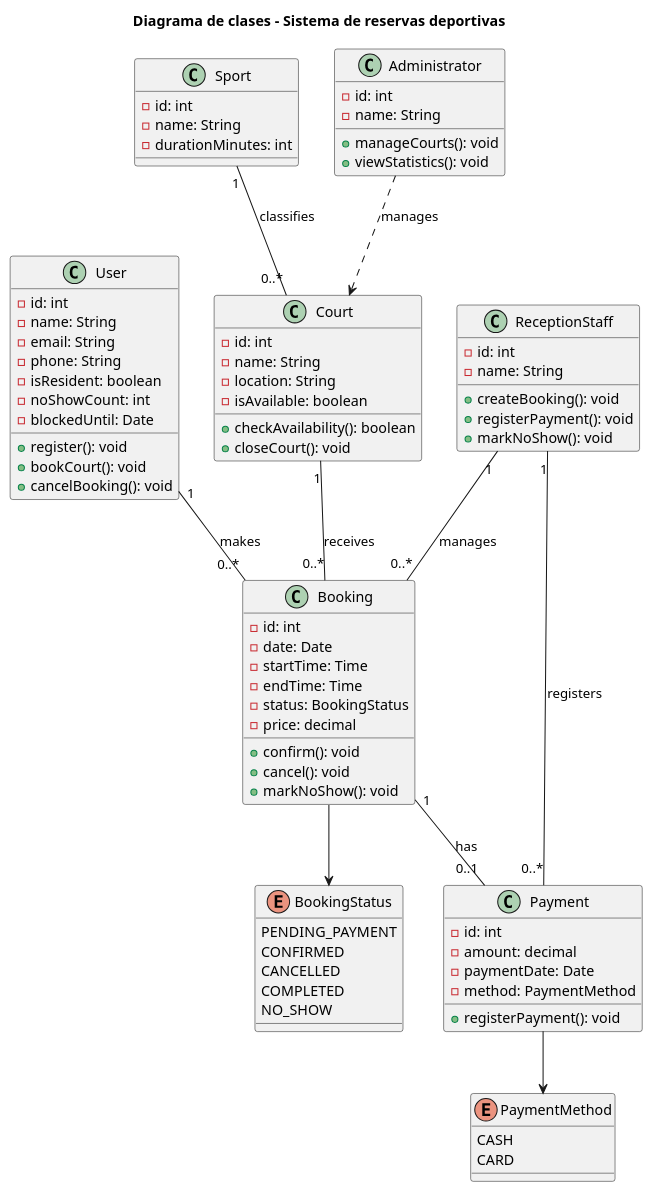
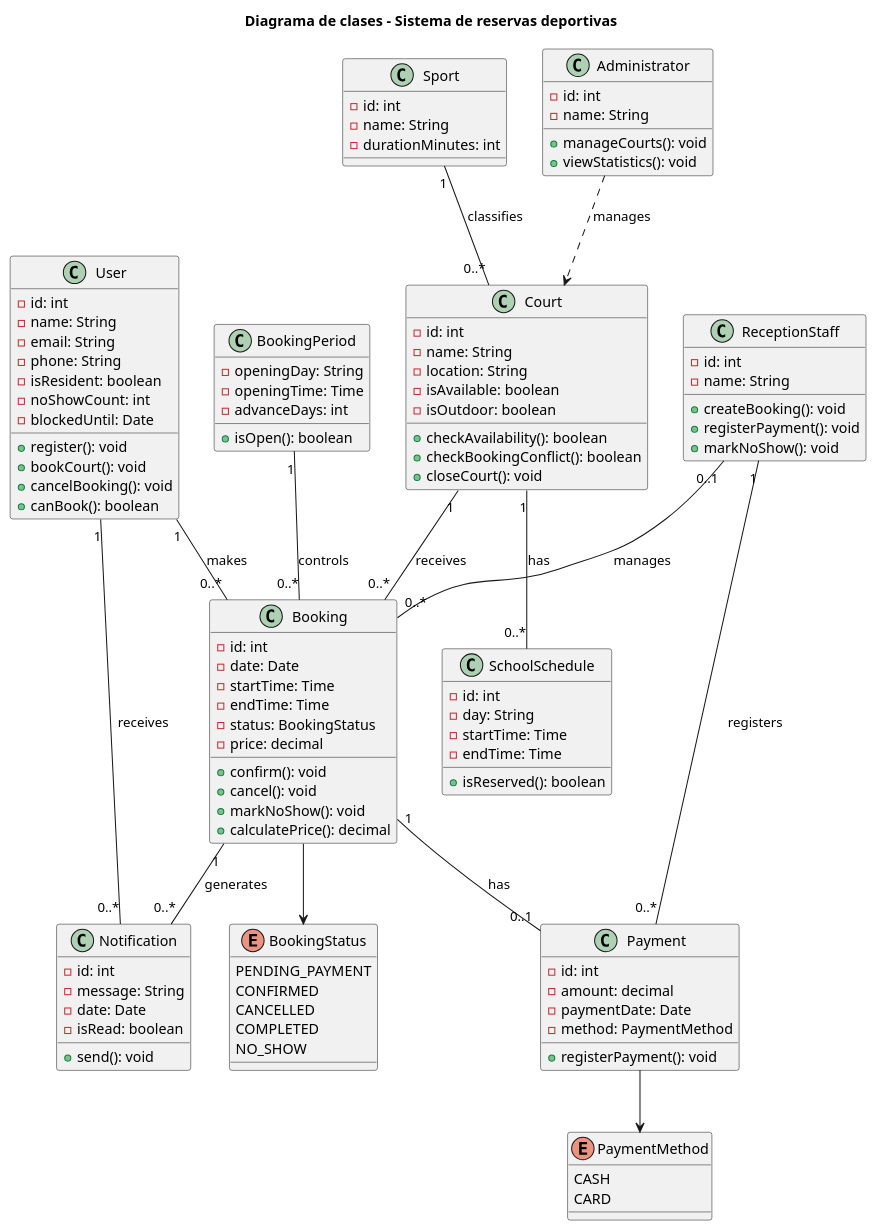
One commit to Ona-DevCom/5.T1-omar-bejaji changed the diagram in diagrams/class-booking.puml. Above: the diagram before and after it, drawn with PlantUML. The commit also changed 8 other files, not shown here.

Commit message:
Update requirements and UML diagrams

```diff
--- a/diagrams/class-booking.puml
+++ b/diagrams/class-booking.puml
@@ -2,96 +2,134 @@
 @startuml
 
 title Diagrama de clases - Sistema de reservas deportivas
-
-
-
 
 class User {
   - id: int
   - name: String
   - email: String
   - phone: String
   - isResident: boolean
   - noShowCount: int
   - blockedUntil: Date
   + register(): void
   + bookCourt(): void
   + cancelBooking(): void
+  + canBook(): boolean
 }
 
 class Court {
   - id: int
   - name: String
   - location: String
   - isAvailable: boolean
+  - isOutdoor: boolean
   + checkAvailability(): boolean
+  + checkBookingConflict(): boolean
   + closeCourt(): void
 }
 
 class Sport {
   - id: int
   - name: String
   - durationMinutes: int
 }
 
 class Booking {
   - id: int
   - date: Date
   - startTime: Time
   - endTime: Time
   - status: BookingStatus
   - price: decimal
   + confirm(): void
   + cancel(): void
   + markNoShow(): void
+  + calculatePrice(): decimal
 }
 
 class Payment {
   - id: int
   - amount: decimal
   - paymentDate: Date
   - method: PaymentMethod
   + registerPayment(): void
 }
 
 class ReceptionStaff {
   - id: int
   - name: String
   + createBooking(): void
   + registerPayment(): void
   + markNoShow(): void
 }
 
 class Administrator {
   - id: int
   - name: String
   + manageCourts(): void
   + viewStatistics(): void
 }
 
 enum BookingStatus {
   PENDING_PAYMENT
   CONFIRMED
   CANCELLED
   COMPLETED
   NO_SHOW
 }
 
 enum PaymentMethod {
   CASH
   CARD
 }
 
 User "1" -- "0..*" Booking : makes
+
 Court "1" -- "0..*" Booking : receives
+
 Sport "1" -- "0..*" Court : classifies
+
 Booking "1" -- "0..1" Payment : has
+
 ReceptionStaff "1" -- "0..*" Payment : registers
-ReceptionStaff "1" -- "0..*" Booking : manages
+
+ReceptionStaff "0..1" -- "0..*" Booking : manages
 
 Booking --> BookingStatus
+
 Payment --> PaymentMethod
 
 Administrator ..> Court : manages
 
+class BookingPeriod {
+  - openingDay: String
+  - openingTime: Time
+  - advanceDays: int
+  + isOpen(): boolean
+}
+
+class SchoolSchedule {
+  - id: int
+  - day: String
+  - startTime: Time
+  - endTime: Time
+  + isReserved(): boolean
+}
+
+class Notification {
+  - id: int
+  - message: String
+  - date: Date
+  - isRead: boolean
+  + send(): void
+}
+
+BookingPeriod "1" -- "0..*" Booking : controls
+
+Court "1" -- "0..*" SchoolSchedule : has
+
+User "1" -- "0..*" Notification : receives
+
+Booking "1" -- "0..*" Notification : generates
+
 @enduml
```
